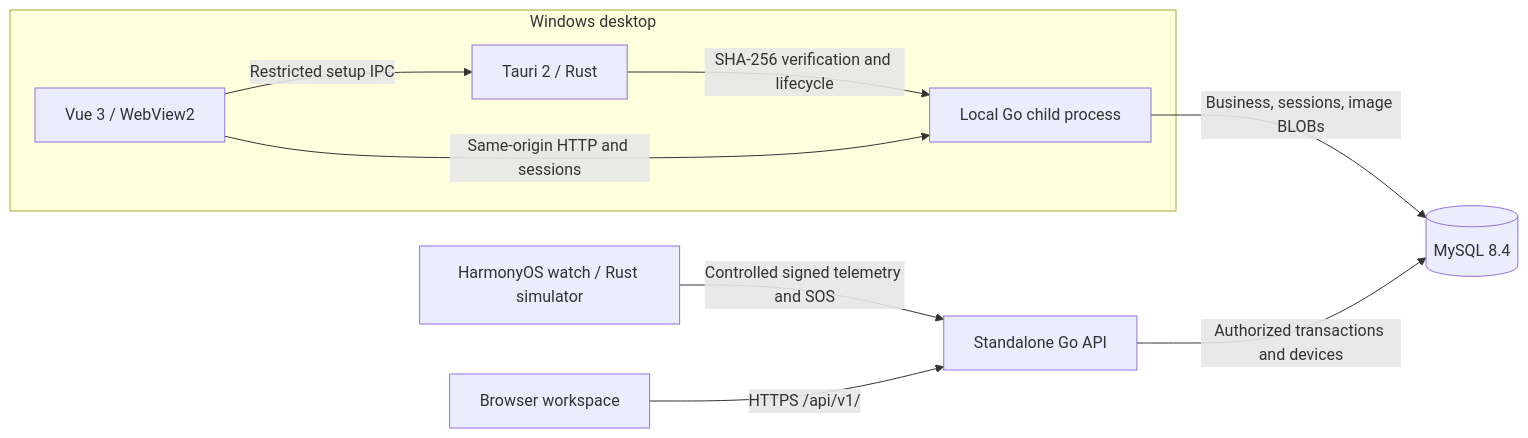
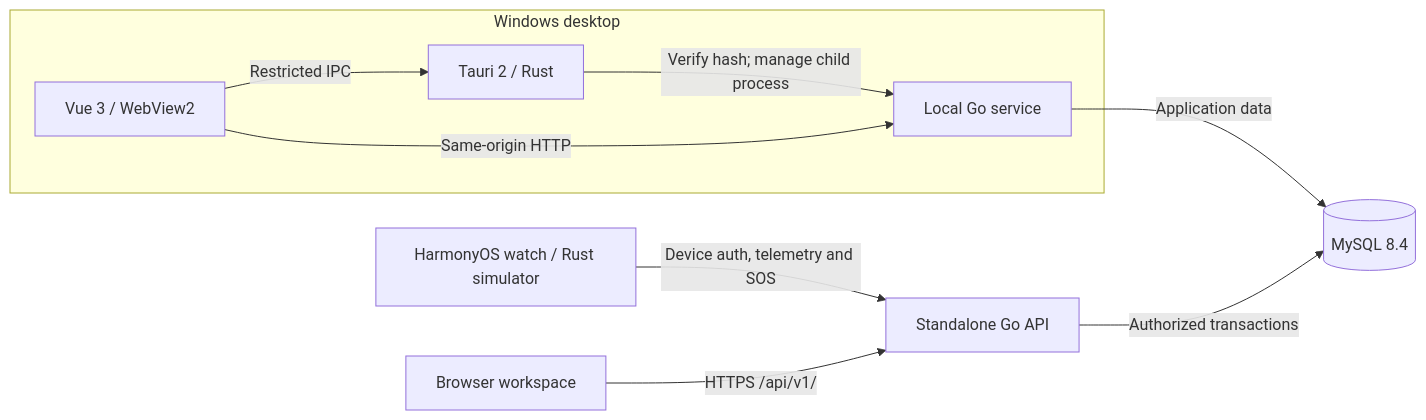
The diagram in README.en.md (R9-404/smart-elderly-watch-management), drawn with Mermaid before and after one commit. The commit also changed other lines of this file and 1 other file, not shown here.

First line of the commit message:
docs: make READMEs useful for setup, operations and contributions (#193)

````diff
--- a/README.en.md
+++ b/README.en.md
@@ -105,12 +103,12 @@
 ```mermaid
 flowchart LR
-  subgraph Desktop["Windows desktop"]
-    T["Tauri 2 / Rust"] -->|"SHA-256 verification and lifecycle"| L["Local Go child process"]
-    V["Vue 3 / WebView2"] -->|"Same-origin HTTP and sessions"| L
-    V -->|"Restricted setup IPC"| T
-  end
-  W["HarmonyOS watch / Rust simulator"] -->|"Controlled signed telemetry and SOS"| S["Standalone Go API"]
-  B["Browser workspace"] -->|"HTTPS /api/v1/"| S
-  L -->|"Business, sessions, image BLOBs"| M[("MySQL 8.4")]
-  S -->|"Authorized transactions and devices"| M
+    subgraph Desktop["Windows desktop"]
+        T["Tauri 2 / Rust"] -->|"Verify hash; manage child process"| L["Local Go service"]
+        V["Vue 3 / WebView2"] -->|"Same-origin HTTP"| L
+        V -->|"Restricted IPC"| T
+    end
+    W["HarmonyOS watch / Rust simulator"] -->|"Device auth, telemetry and SOS"| S["Standalone Go API"]
+    B["Browser workspace"] -->|"HTTPS /api/v1/"| S
+    L -->|"Application data"| M[("MySQL 8.4")]
+    S -->|"Authorized transactions"| M
 ```
````
